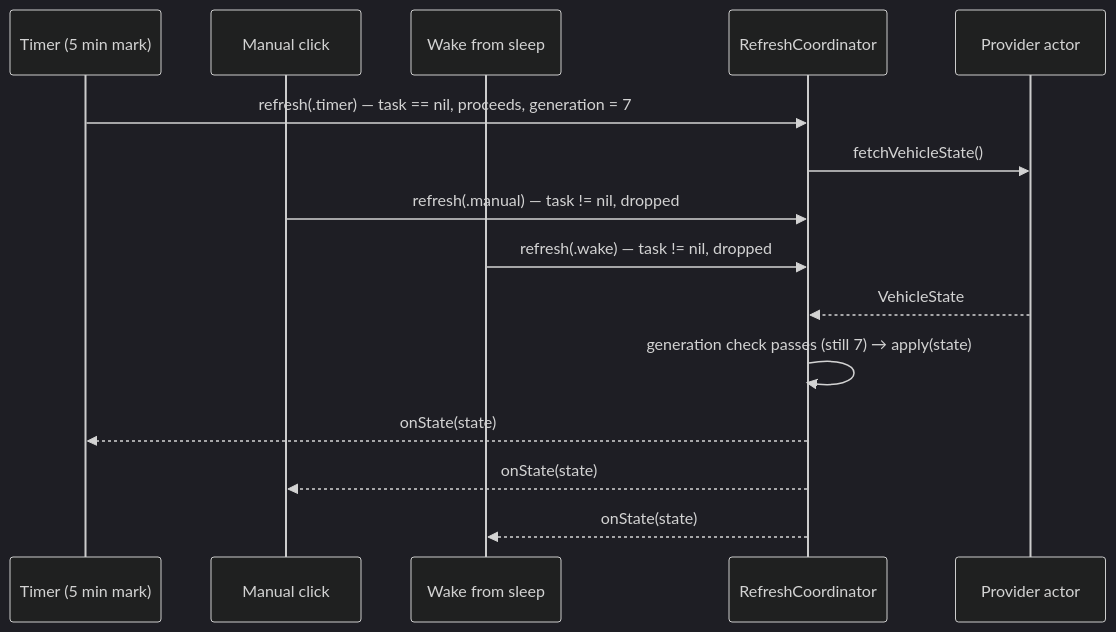
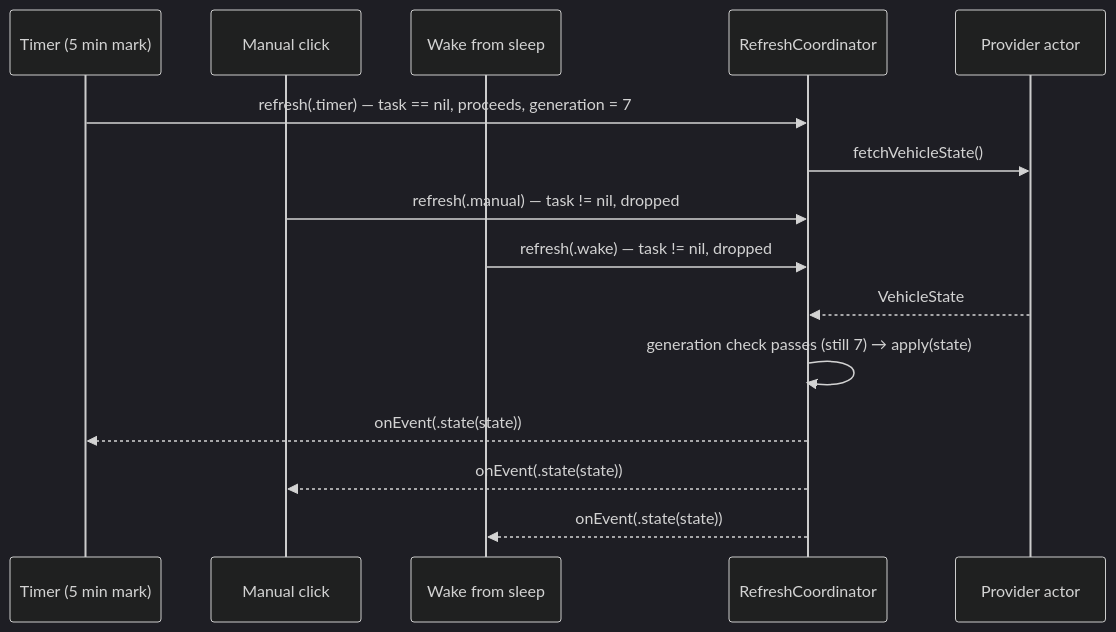
The diagram in docs/architecture/refresh-system.md (NicolasKheirallah/Hisingen), drawn with Mermaid (dark theme) before and after one commit. The commit also changed other lines of this file and 91 other files, not shown here.

````diff
--- a/docs/architecture/refresh-system.md
+++ b/docs/architecture/refresh-system.md
@@ -33,18 +33,18 @@
 ```mermaid
 sequenceDiagram
     participant T as Timer (5 min mark)
     participant M as Manual click
     participant W as Wake from sleep
     participant RC as RefreshCoordinator
     participant API as Provider actor
 
     T->>RC: refresh(.timer) — task == nil, proceeds, generation = 7
     RC->>API: fetchVehicleState()
     M->>RC: refresh(.manual) — task != nil, dropped
     W->>RC: refresh(.wake) — task != nil, dropped
     API-->>RC: VehicleState
     RC->>RC: generation check passes (still 7) → apply(state)
-    RC-->>T: onState(state)
-    RC-->>M: onState(state)
-    RC-->>W: onState(state)
+    RC-->>T: onEvent(.state(state))
+    RC-->>M: onEvent(.state(state))
+    RC-->>W: onEvent(.state(state))
 ```
````
